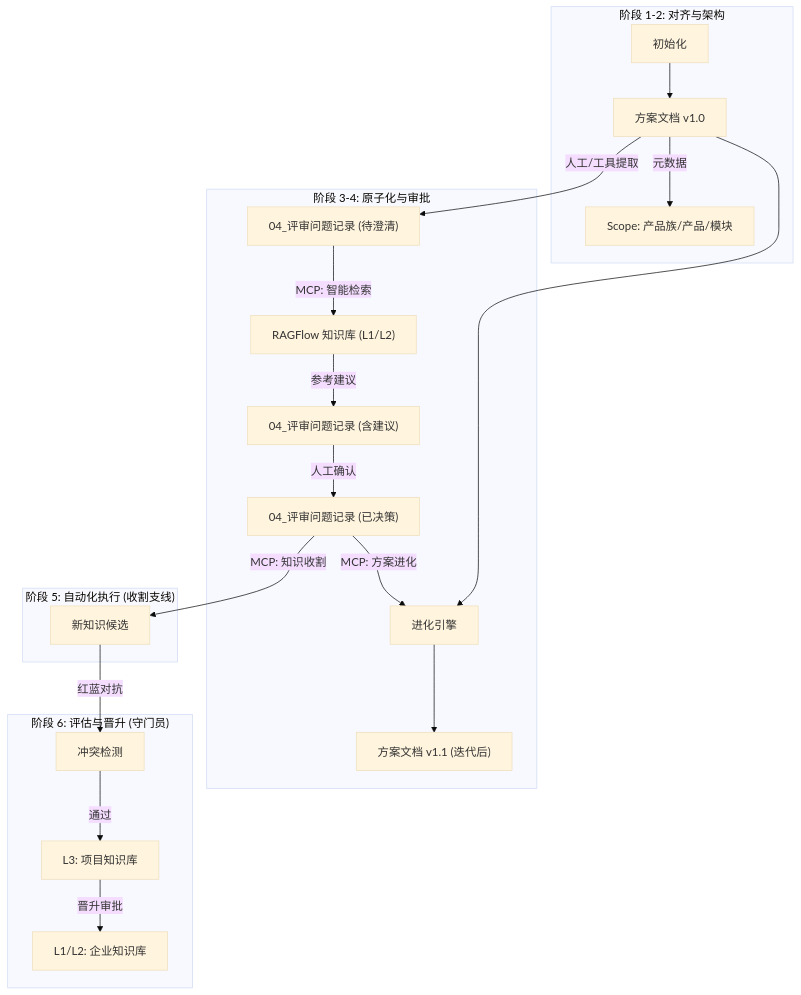
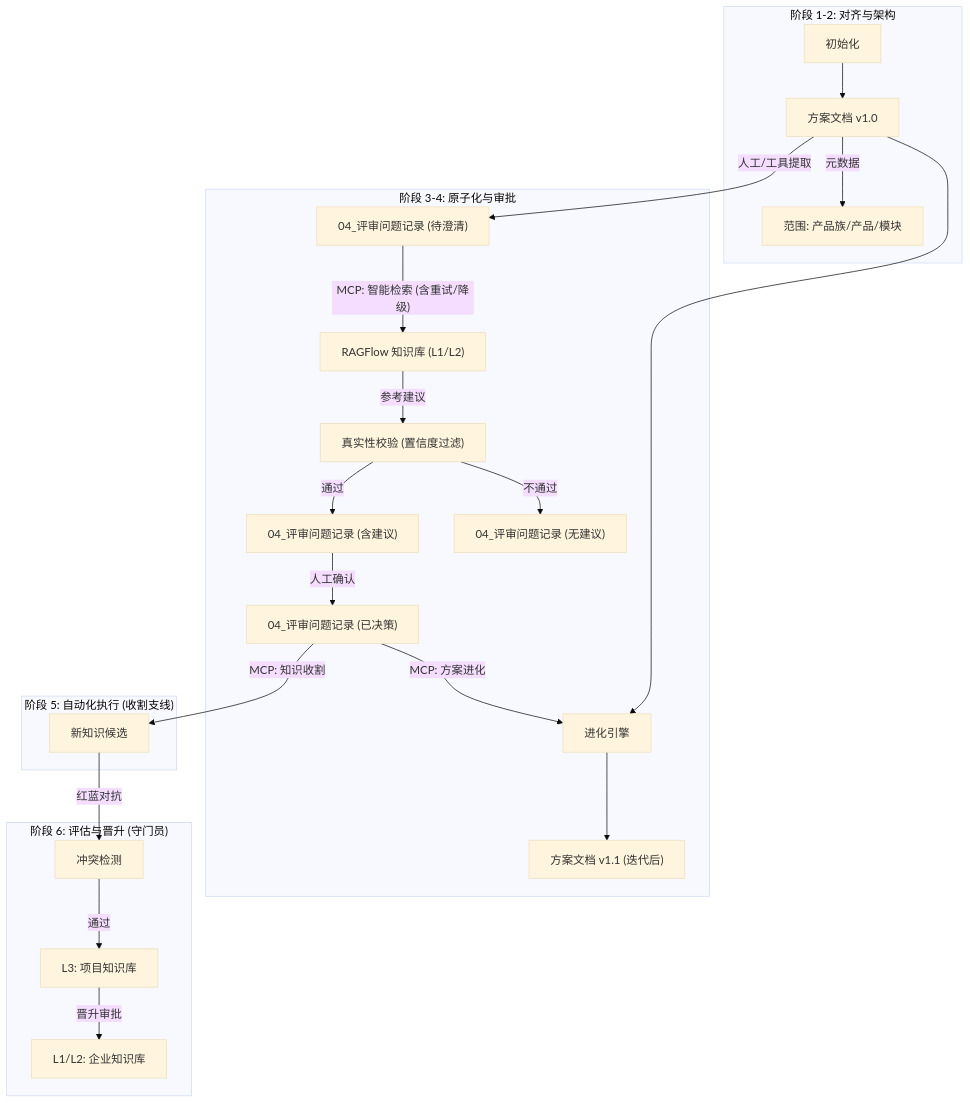
The diagram in docs/GetInRAGFlow/02_Architect/UNIFIED_DESIGN.md (demo112/Try_make_mcp), drawn with Mermaid (base theme) before and after one commit. The commit also changed other lines of this file and 40 other files, not shown here.

````diff
--- a/docs/GetInRAGFlow/02_Architect/UNIFIED_DESIGN.md
+++ b/docs/GetInRAGFlow/02_Architect/UNIFIED_DESIGN.md
@@ -12,30 +12,32 @@
 ```mermaid
 graph TD
     subgraph S1["阶段 1-2: 对齐与架构"]
         Init["初始化"] --> Doc["方案文档 v1.0"]
-        Doc -->|元数据| Scope["Scope: 产品族/产品/模块"]
+        Doc -->|元数据| Scope["范围: 产品族/产品/模块"]
     end
     
     subgraph S3["阶段 3-4: 原子化与审批"]
         Doc -->|人工/工具提取| Clarify["04_评审问题记录 (待澄清)"]
-        Clarify -->|"MCP: 智能检索"| RAG["RAGFlow 知识库 (L1/L2)"]
-        RAG -->|参考建议| ClarifyFilled["04_评审问题记录 (含建议)"]
+        Clarify -->|"MCP: 智能检索 (含重试/降级)"| RAG["RAGFlow 知识库 (L1/L2)"]
+        RAG -->|参考建议| Validation["真实性校验 (置信度过滤)"]
+        Validation -->|通过| ClarifyFilled["04_评审问题记录 (含建议)"]
+        Validation -->|不通过| ClarifyEmpty["04_评审问题记录 (无建议)"]
         
         ClarifyFilled -->|人工确认| ClarifyDone["04_评审问题记录 (已决策)"]
         
         ClarifyDone -->|"MCP: 方案进化"| Evolution["进化引擎"]
         Doc --> Evolution
         Evolution --> DocV2["方案文档 v1.1 (迭代后)"]
     end
     
     subgraph S5["阶段 5: 自动化执行 (收割支线)"]
         ClarifyDone -->|"MCP: 知识收割"| Candidates["新知识候选"]
     end
     
     subgraph S6["阶段 6: 评估与晋升 (守门员)"]
-        Candidates -->|"红蓝对抗"| Validation["冲突检测"]
-        Validation -->|通过| ProjectKB["L3: 项目知识库"]
+        Candidates -->|"红蓝对抗"| ConflictCheck["冲突检测"]
+        ConflictCheck -->|通过| ProjectKB["L3: 项目知识库"]
         
         ProjectKB -->|晋升审批| GoldenKB["L1/L2: 企业知识库"]
     end
 ```
````
